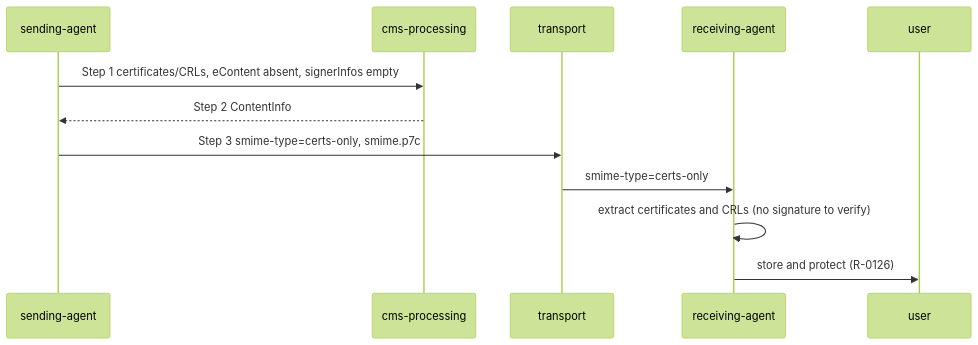
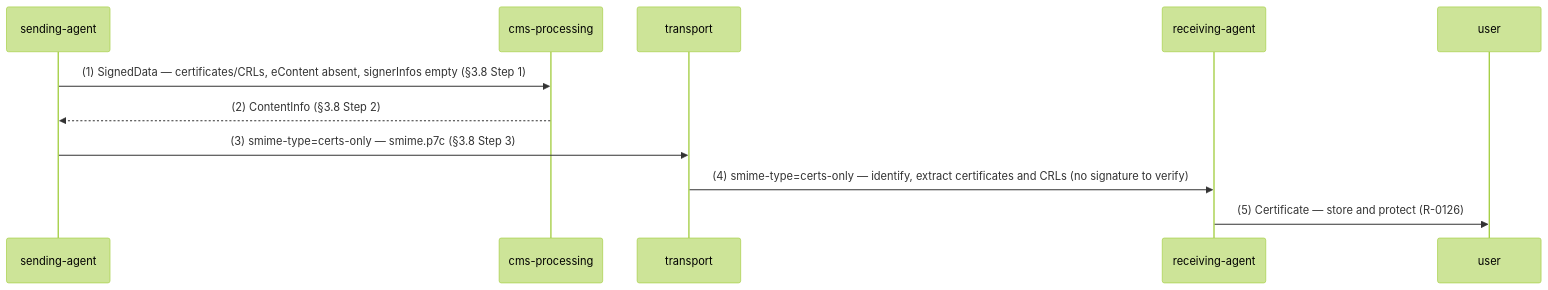
Before and after one commit to m-of-n/library: diagram 14 of 28 in records/ietf/rfc-8551/distilled/protocol.md, drawn with Mermaid (forest theme). The commit also changed other lines of this file and 10 other files, not shown here.

````diff
--- a/records/ietf/rfc-8551/distilled/protocol.md
+++ b/records/ietf/rfc-8551/distilled/protocol.md
@@ -347,14 +349,13 @@
 ```mermaid
 sequenceDiagram
   participant SA as sending-agent
   participant CMS as cms-processing
   participant T as transport
   participant RA as receiving-agent
   participant U as user
-  SA->>CMS: Step 1 certificates/CRLs, eContent absent, signerInfos empty
-  CMS-->>SA: Step 2 ContentInfo
-  SA->>T: Step 3 smime-type=certs-only, smime.p7c
-  T->>RA: smime-type=certs-only
-  RA->>RA: extract certificates and CRLs (no signature to verify)
-  RA->>U: store and protect (R-0126)
+  SA->>CMS: (1) SignedData — certificates/CRLs, eContent absent, signerInfos empty (§3.8 Step 1)
+  CMS-->>SA: (2) ContentInfo (§3.8 Step 2)
+  SA->>T: (3) smime-type=certs-only — smime.p7c (§3.8 Step 3)
+  T->>RA: (4) smime-type=certs-only — identify, extract certificates and CRLs (no signature to verify)
+  RA->>U: (5) Certificate — store and protect (R-0126)
 ```
````
